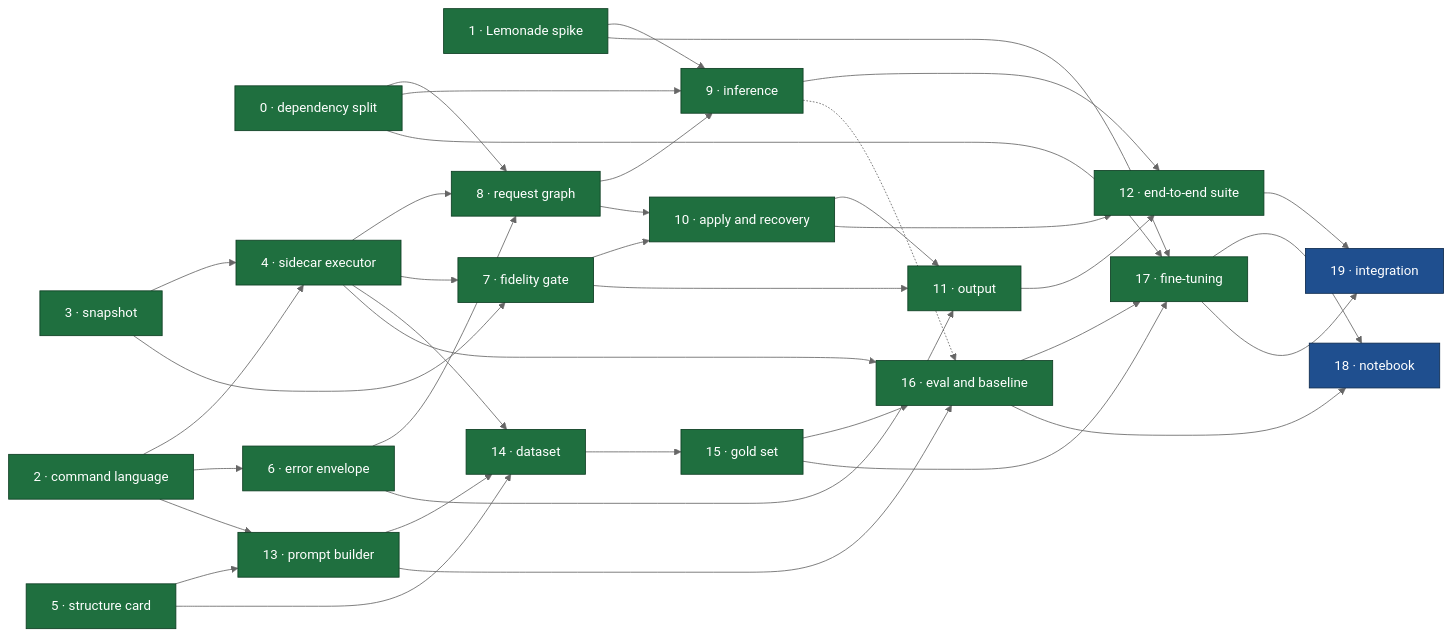
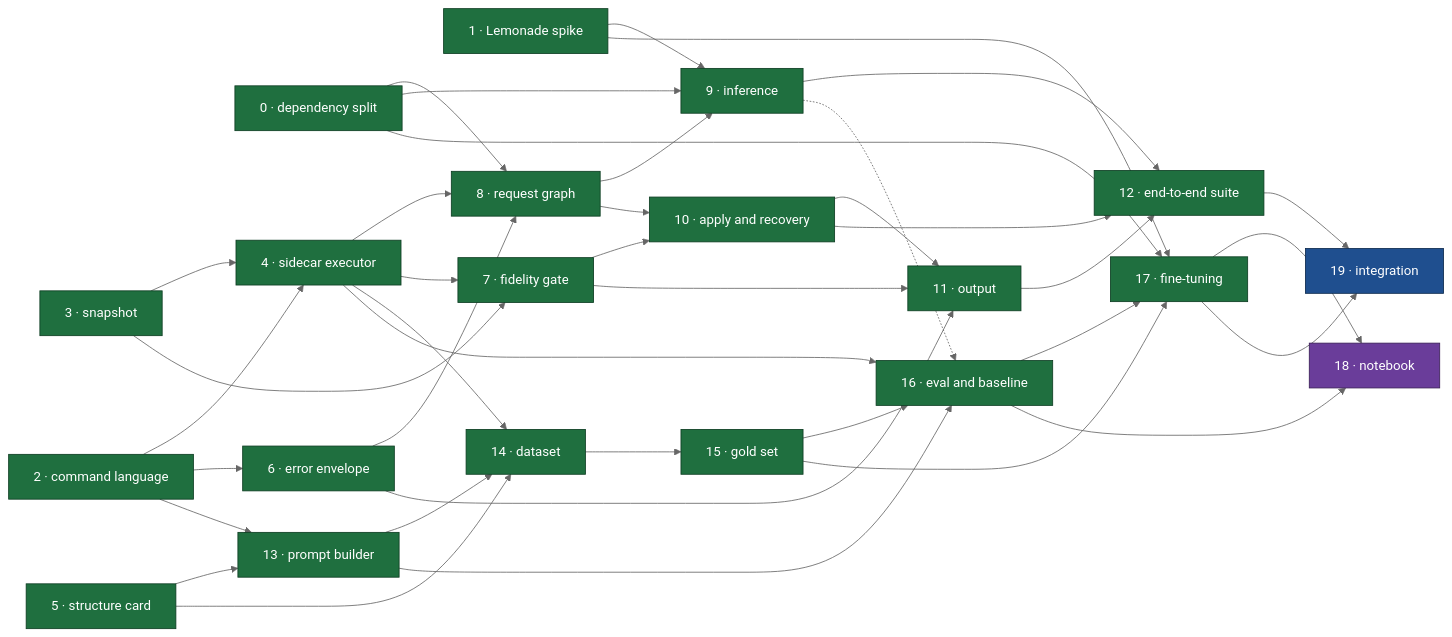
Before and after one commit to urban233/pymol-copilot: the diagram in docs/master_plan.md, drawn with Mermaid (neutral theme). The commit also changed other lines of this file, not shown here.

Commit message:
docs(plan): Record item 18's notebook and its hand-over notes

````diff
--- a/docs/master_plan.md
+++ b/docs/master_plan.md
@@ -112,67 +112,67 @@
 ```mermaid
 flowchart LR
   classDef done fill:#1f6f3f,stroke:#0d3d22,color:#fff
   classDef review fill:#8a6d1a,stroke:#4d3c0c,color:#fff
   classDef ready fill:#1f4f8f,stroke:#0d2a4d,color:#fff
   classDef progress fill:#6a3d9a,stroke:#3a1f57,color:#fff
   classDef blocked fill:#3a3a3a,stroke:#1a1a1a,color:#ddd
 
   I0["0 · dependency split"]:::done
   I1["1 · Lemonade spike"]:::done
   I2["2 · command language"]:::done
   I3["3 · snapshot"]:::done
   I4["4 · sidecar executor"]:::done
   I5["5 · structure card"]:::done
   I6["6 · error envelope"]:::done
   I7["7 · fidelity gate"]:::done
   I8["8 · request graph"]:::done
   I9["9 · inference"]:::done
   I10["10 · apply and recovery"]:::done
   I11["11 · output"]:::done
   I12["12 · end-to-end suite"]:::done
   I13["13 · prompt builder"]:::done
   I14["14 · dataset"]:::done
   I15["15 · gold set"]:::done
   I16["16 · eval and baseline"]:::done
   I17["17 · fine-tuning"]:::done
-  I18["18 · notebook"]:::ready
+  I18["18 · notebook"]:::progress
   I19["19 · integration"]:::ready
 
   I2 --> I4
   I3 --> I4
   I2 --> I6
   I0 --> I8
   I4 --> I8
   I6 --> I8
   I3 --> I7
   I4 --> I7
   I0 --> I9
   I1 --> I9
   I8 --> I9
   I7 --> I10
   I8 --> I10
   I6 --> I11
   I7 --> I11
   I10 --> I11
   I9 --> I12
   I10 --> I12
   I11 --> I12
   I2 --> I13
   I5 --> I13
   I4 --> I14
   I5 --> I14
   I13 --> I14
   I14 --> I15
   I15 --> I16
   I13 --> I16
   I4 --> I16
   I9 -.-> I16
   I1 --> I17
   I0 --> I17
   I15 --> I17
   I16 --> I17
   I16 --> I18
   I17 --> I18
   I12 --> I19
   I17 --> I19
 ```
````
